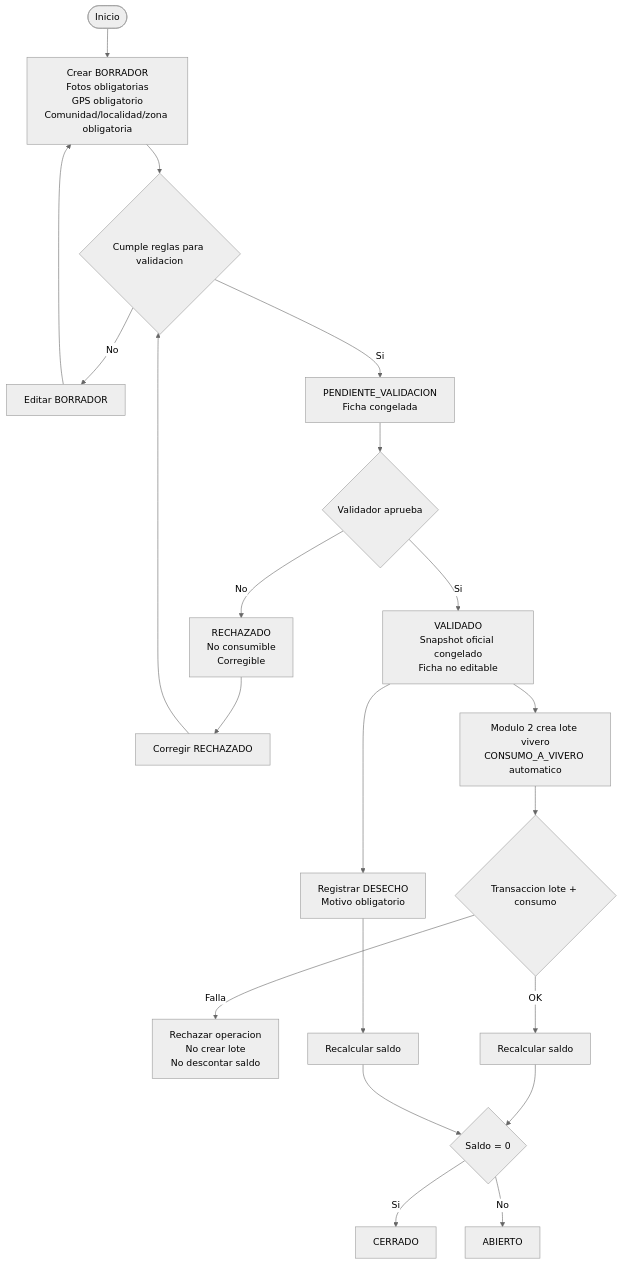
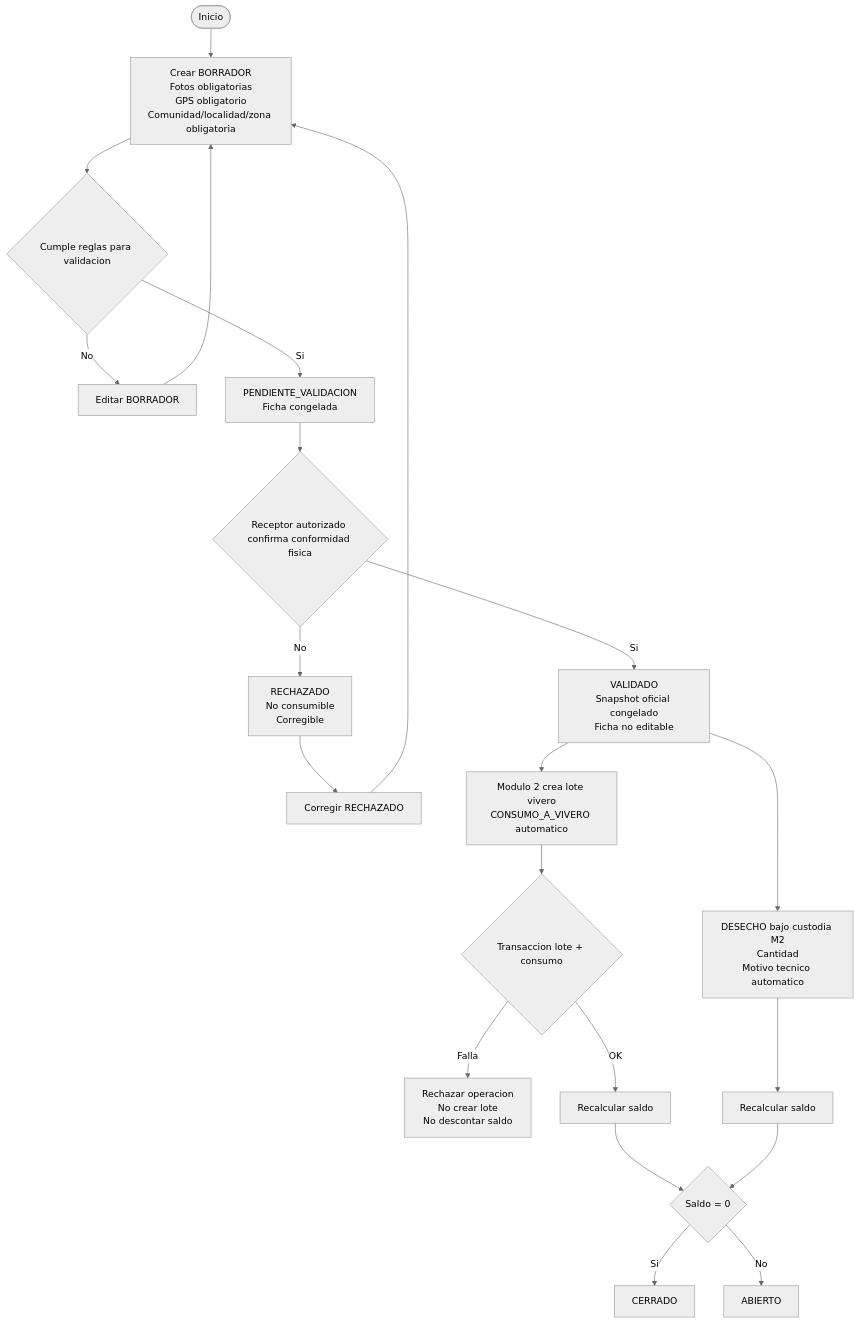
The first of 2 diagrams in 01-recoleccion-module/02_flujo_operativo_recoleccion.md (R3foresta/r3foresta-docs), drawn with Mermaid (neutral theme) before and after one commit. The commit also changed other lines of this file and 49 other files, not shown here.

````diff
--- a/01-recoleccion-module/02_flujo_operativo_recoleccion.md
+++ b/01-recoleccion-module/02_flujo_operativo_recoleccion.md
@@ -191,30 +180,30 @@
 ```mermaid
 flowchart TD
   start([Inicio]) --> draft[Crear BORRADOR<br/>Fotos obligatorias<br/>GPS obligatorio<br/>Comunidad/localidad/zona obligatoria]
 
   draft --> ready{Cumple reglas para validacion}
   ready -- No --> edit[Editar BORRADOR]
   edit --> draft
 
   ready -- Si --> pending[PENDIENTE_VALIDACION<br/>Ficha congelada]
-  pending --> review{Validador aprueba}
+  pending --> review{Receptor autorizado confirma conformidad fisica}
 
   review -- No --> rejected[RECHAZADO<br/>No consumible<br/>Corregible]
   rejected --> fixRejected[Corregir RECHAZADO]
-  fixRejected --> ready
+  fixRejected --> draft
 
   review -- Si --> validated[VALIDADO<br/>Snapshot oficial congelado<br/>Ficha no editable]
 
   validated --> consume[Modulo 2 crea lote vivero<br/>CONSUMO_A_VIVERO automatico]
   consume --> atomic{Transaccion lote + consumo}
   atomic -- Falla --> consumeError[Rechazar operacion<br/>No crear lote<br/>No descontar saldo]
   atomic -- OK --> recalc1[Recalcular saldo]
 
-  validated --> waste[Registrar DESECHO<br/>Motivo obligatorio]
+  validated --> waste[DESECHO bajo custodia M2<br/>Cantidad<br/>Motivo tecnico automatico]
   waste --> recalc2[Recalcular saldo]
 
   recalc1 --> balance{Saldo = 0}
   recalc2 --> balance
   balance -- Si --> closedState[CERRADO]
   balance -- No --> openState[ABIERTO]
 ```
````
